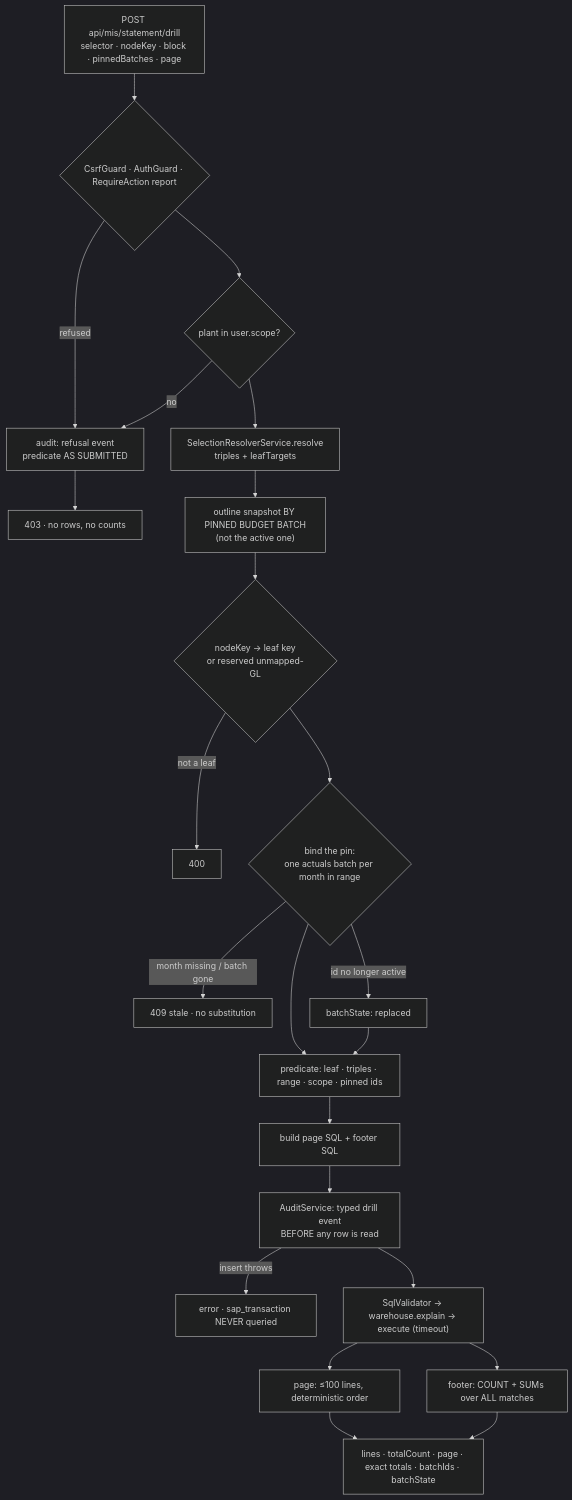
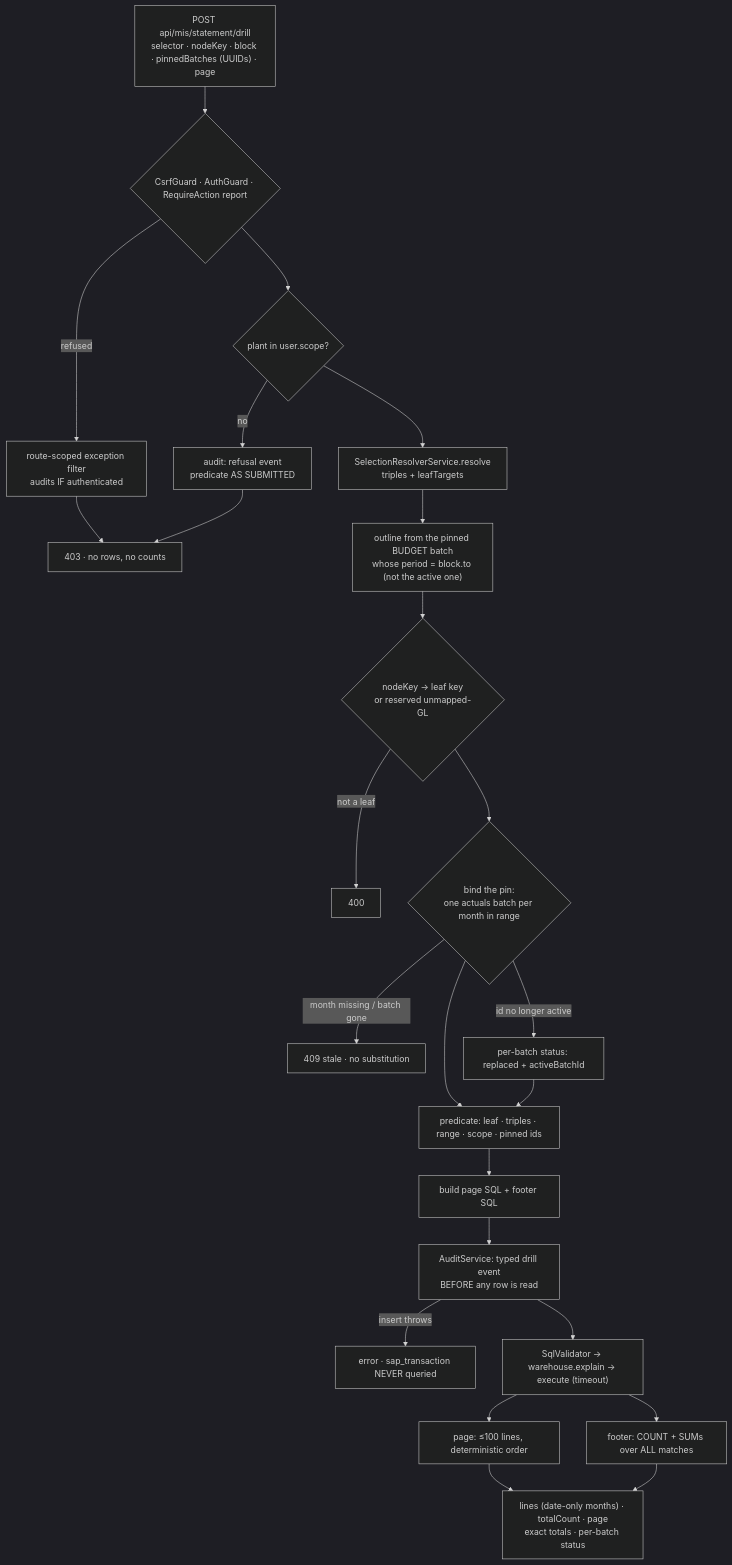
The diagram in .factory/stories/drill-down/task-plans/drill-transactions-api.md (kl-rahulanand/3f-oil-palm), drawn with Mermaid (dark theme) before and after one commit. The commit also changed other lines of this file and 6 other files, not shown here.

First line of the commit message:
drill-down: task grill findings folded into the drill-transactions-api contract

````diff
--- a/.factory/stories/drill-down/task-plans/drill-transactions-api.md
+++ b/.factory/stories/drill-down/task-plans/drill-transactions-api.md
@@ -137,24 +173,24 @@
 ```mermaid
 flowchart TD
-  R["POST api/mis/statement/drill<br/>selector · nodeKey · block · pinnedBatches · page"] --> C{CsrfGuard · AuthGuard · RequireAction report}
-  C -->|refused| AR["audit: refusal event<br/>predicate AS SUBMITTED"] --> F403["403 · no rows, no counts"]
+  R["POST api/mis/statement/drill<br/>selector · nodeKey · block · pinnedBatches (UUIDs) · page"] --> C{CsrfGuard · AuthGuard · RequireAction report}
+  C -->|refused| FIL["route-scoped exception filter<br/>audits IF authenticated"] --> F403["403 · no rows, no counts"]
   C --> SC{plant in user.scope?}
-  SC -->|no| AR
+  SC -->|no| AR["audit: refusal event<br/>predicate AS SUBMITTED"] --> F403
   SC --> RES["SelectionResolverService.resolve<br/>triples + leafTargets"]
-  RES --> OUT["outline snapshot BY PINNED BUDGET BATCH<br/>(not the active one)"]
+  RES --> OUT["outline from the pinned BUDGET batch<br/>whose period = block.to (not the active one)"]
   OUT --> LK{"nodeKey → leaf key<br/>or reserved unmapped-GL"}
   LK -->|not a leaf| F400["400"]
   LK --> BIND{"bind the pin:<br/>one actuals batch per month in range"}
   BIND -->|month missing / batch gone| F409["409 stale · no substitution"]
-  BIND -->|id no longer active| REP["batchState: replaced"]
+  BIND -->|id no longer active| REP["per-batch status: replaced + activeBatchId"]
   BIND --> PRED["predicate: leaf · triples · range · scope · pinned ids"]
   REP --> PRED
   PRED --> SQL["build page SQL + footer SQL"]
   SQL --> AUD["AuditService: typed drill event<br/>BEFORE any row is read"]
   AUD -->|insert throws| FAIL["error · sap_transaction NEVER queried"]
   AUD --> V["SqlValidator → warehouse.explain → execute (timeout)"]
   V --> P["page: ≤100 lines, deterministic order"]
   V --> T["footer: COUNT + SUMs over ALL matches"]
-  P --> OK["lines · totalCount · page · exact totals · batchIds · batchState"]
+  P --> OK["lines (date-only months) · totalCount · page<br/>exact totals · per-batch status"]
   T --> OK
 ```
````
